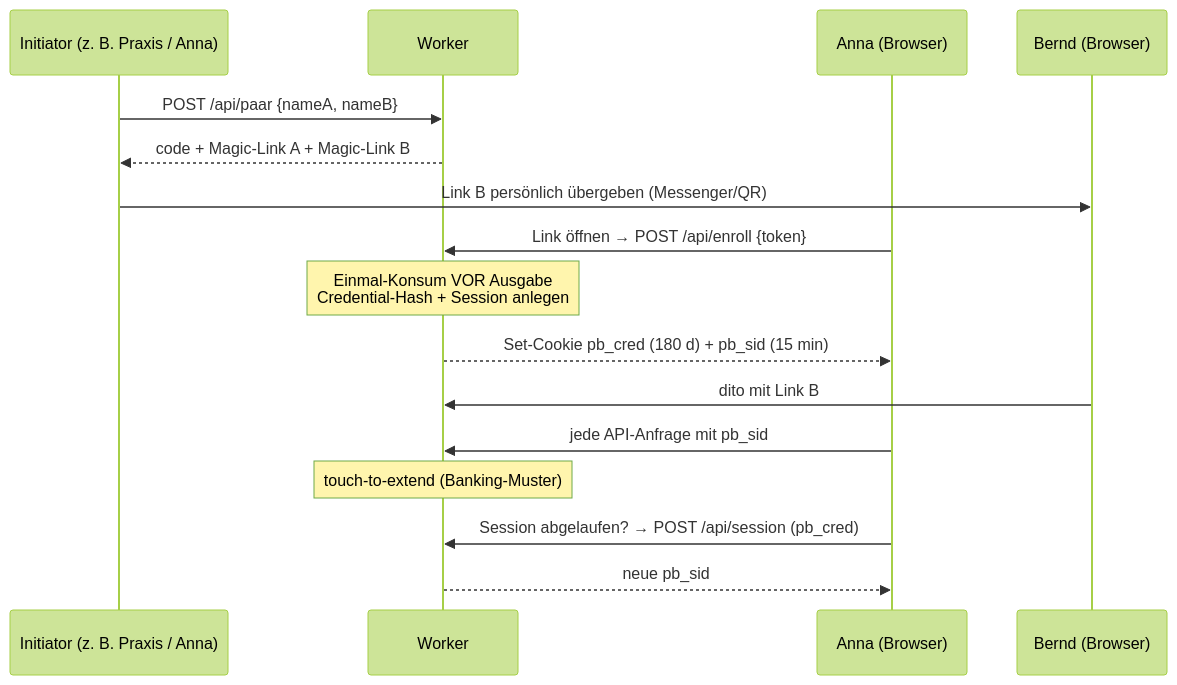
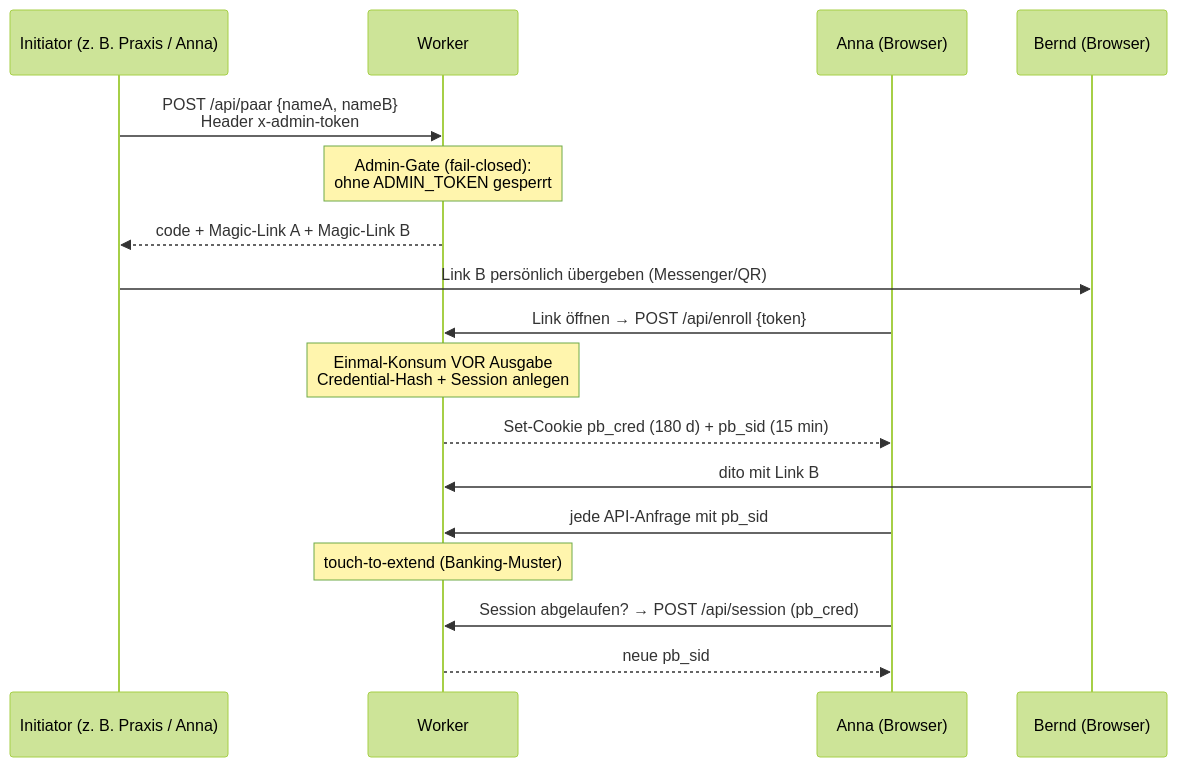
The third of 7 diagrams in docs/paarbegleitung-spezifikation-v1.md (cwittenb/unserbegleiter), drawn with Mermaid (forest theme) before and after one commit. The commit also changed other lines of this file, not shown here.

````diff
--- a/docs/paarbegleitung-spezifikation-v1.md
+++ b/docs/paarbegleitung-spezifikation-v1.md
@@ -193,18 +195,19 @@
 ```mermaid
 sequenceDiagram
     participant I as Initiator (z. B. Praxis / Anna)
     participant W as Worker
     participant A as Anna (Browser)
     participant B as Bernd (Browser)
-    I->>W: POST /api/paar {nameA, nameB}
+    I->>W: POST /api/paar {nameA, nameB}<br/>Header x-admin-token
+    Note over W: Admin-Gate (fail-closed):<br/>ohne ADMIN_TOKEN gesperrt
     W-->>I: code + Magic-Link A + Magic-Link B
     I->>B: Link B persönlich übergeben (Messenger/QR)
     A->>W: Link öffnen → POST /api/enroll {token}
     Note over W: Einmal-Konsum VOR Ausgabe<br/>Credential-Hash + Session anlegen
     W-->>A: Set-Cookie pb_cred (180 d) + pb_sid (15 min)
     B->>W: dito mit Link B
     A->>W: jede API-Anfrage mit pb_sid
     Note over W: touch-to-extend (Banking-Muster)
     A->>W: Session abgelaufen? → POST /api/session (pb_cred)
     W-->>A: neue pb_sid
 ```
````
